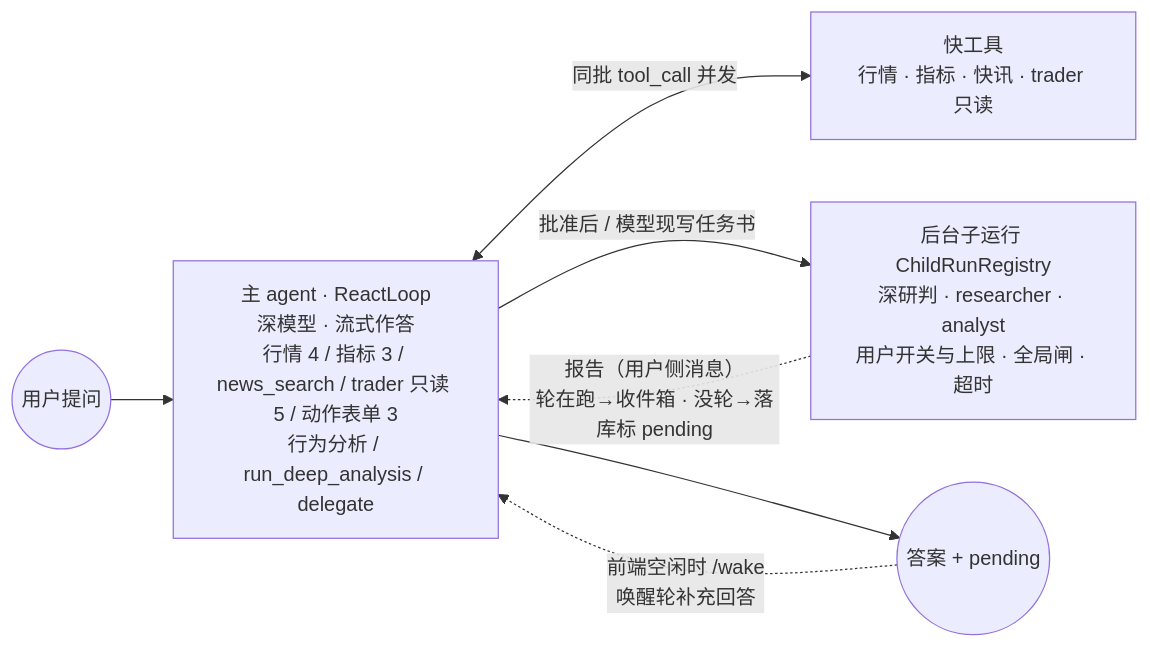
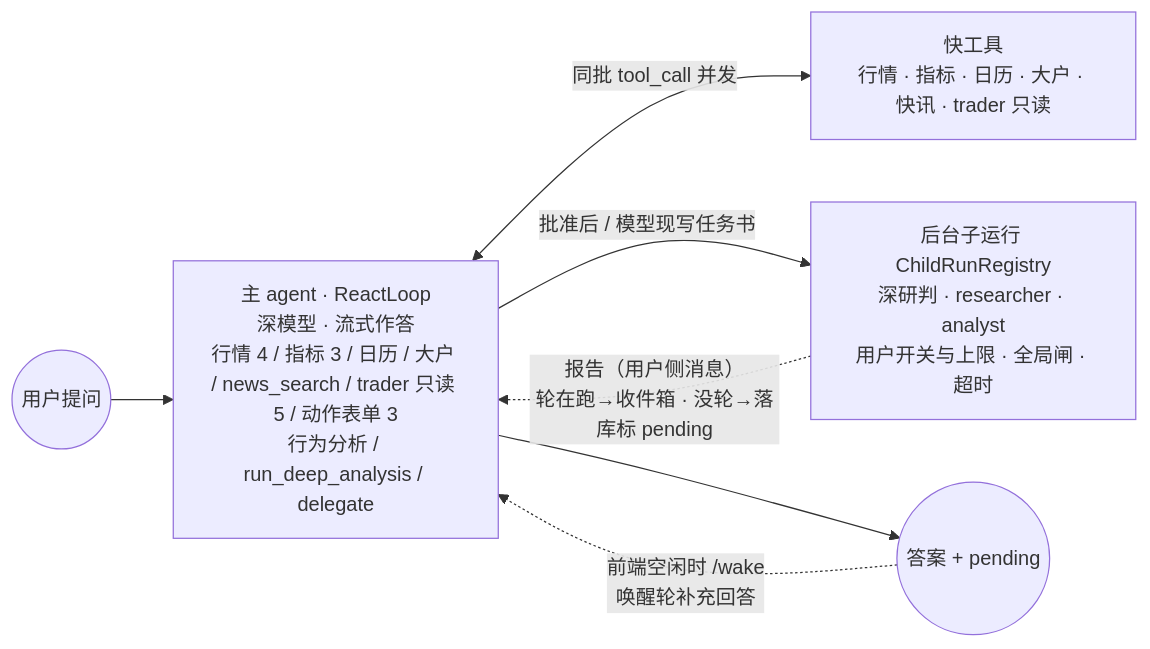
One commit to mamawai/wtfibought changed the fourth of 5 diagrams in docs/agent-harness/architecture.md. Above: the diagram before and after it, drawn with Mermaid. The commit also changed other lines of this file and 22 other files, not shown here.

````diff
--- a/docs/agent-harness/architecture.md
+++ b/docs/agent-harness/architecture.md
@@ -113,9 +113,9 @@
 ```mermaid
 flowchart LR
-    U((用户提问)) --> MAIN["主 agent · ReactLoop<br/>深模型 · 流式作答<br/>行情 4 / 指标 3 / news_search / trader 只读 5 / 动作表单 3<br/>行为分析 / run_deep_analysis / delegate"]
-    MAIN <-->|"同批 tool_call 并发"| T["快工具<br/>行情 · 指标 · 快讯 · trader 只读"]
+    U((用户提问)) --> MAIN["主 agent · ReactLoop<br/>深模型 · 流式作答<br/>行情 4 / 指标 3 / 日历 / 大户 / news_search / trader 只读 5 / 动作表单 3<br/>行为分析 / run_deep_analysis / delegate"]
+    MAIN <-->|"同批 tool_call 并发"| T["快工具<br/>行情 · 指标 · 日历 · 大户 · 快讯 · trader 只读"]
     MAIN -->|"批准后 / 模型现写任务书"| CR["后台子运行 ChildRunRegistry<br/>深研判 · researcher · analyst<br/>用户开关与上限 · 全局闸 · 超时"]
     CR -.->|"报告（用户侧消息）<br/>轮在跑→收件箱 · 没轮→落库标 pending"| MAIN
     MAIN --> A((答案 + pending))
     A -.->|"前端空闲时 /wake<br/>唤醒轮补充回答"| MAIN
 ```
````
